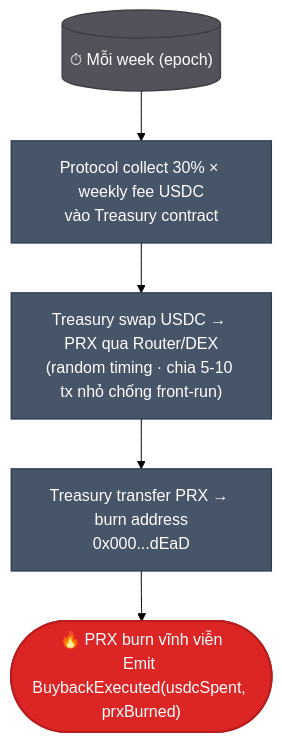
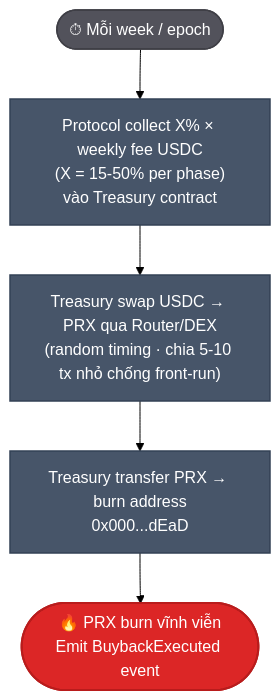
One commit to PrediX-Protocol/predix-docs changed the second of 5 diagrams in vi_v6/kinh-te/buyback-burn.md. Above: the diagram before and after it, drawn with Mermaid (forest theme). The commit also changed other lines of this file and 11 other files, not shown here.

````diff
--- a/vi_v6/kinh-te/buyback-burn.md
+++ b/vi_v6/kinh-te/buyback-burn.md
@@ -7,15 +52,15 @@
 ```mermaid
 flowchart TD
-    Start[("⏱ Mỗi week (epoch)")]
-    Start --> S1["Protocol collect 30% × weekly fee USDC<br/>vào Treasury contract"]
+    Start([⏱ Mỗi week / epoch])
+    Start --> S1["Protocol collect X% × weekly fee USDC<br/>(X = 15-50% per phase)<br/>vào Treasury contract"]
     S1 --> S2["Treasury swap USDC → PRX qua Router/DEX<br/>(random timing · chia 5-10 tx nhỏ chống front-run)"]
     S2 --> S3["Treasury transfer PRX → burn address<br/>0x000...dEaD"]
-    S3 --> End(["🔥 PRX burn vĩnh viễn<br/>Emit BuybackExecuted(usdcSpent, prxBurned)"])
+    S3 --> End([🔥 PRX burn vĩnh viễn<br/>Emit BuybackExecuted event])
 
     classDef tick fill:#52525b,stroke:#3f3f46,color:#fff,stroke-width:1.5px
     classDef step fill:#475569,stroke:#334155,color:#fff,stroke-width:1.5px
     classDef burn fill:#dc2626,stroke:#b91c1c,color:#fff,stroke-width:2px
     class Start tick
     class S1,S2,S3 step
     class End burn
 ```
````
